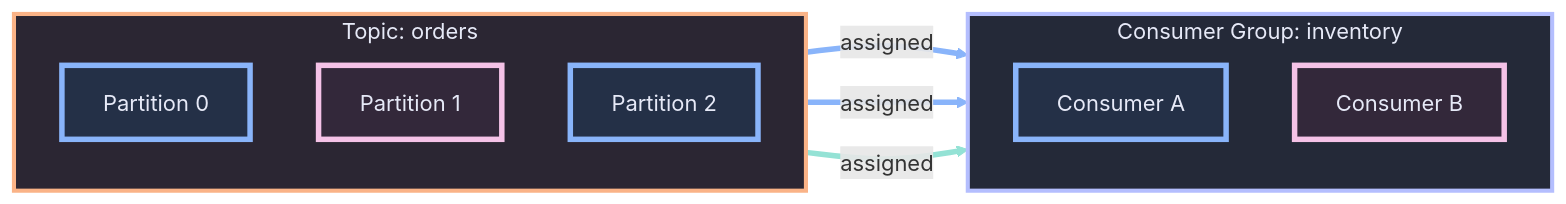
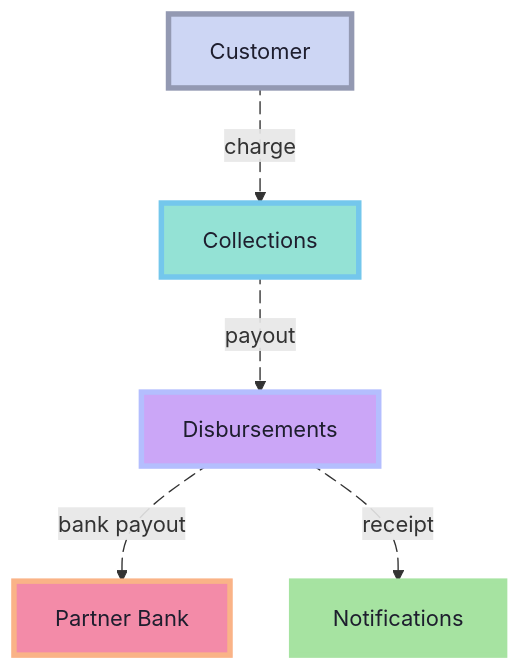
One commit to hmajid2301/blog changed the fourth of 40 diagrams in content/slides/go-labs-eda-go-kafka/slides.md. Above: the diagram before and after it, drawn with Mermaid. The commit also changed other lines of this file and 10 other files, not shown here.

````diff
--- a/content/slides/go-labs-eda-go-kafka/slides.md
+++ b/content/slides/go-labs-eda-go-kafka/slides.md
@@ -150,31 +140,24 @@
 ```mermaid
-flowchart LR
-    subgraph T["Topic: orders"]
-      direction TB
-      P0["Partition 0"]
-      P1["Partition 1"]
-      P2["Partition 2"]
-    end
+%%{init: {"themeVariables": {"fontSize": "16px"}, "flowchart": {"nodeSpacing": 45, "rankSpacing": 60}}}%%
+flowchart TD
+    U["Customer"] charge@-->|"charge"| COL["Collections"]
+    COL payout@-->|"payout"| DIS["Disbursements"]
+    DIS bankCall@-->|"bank payout"| BANK["Partner Bank"]
+    DIS receipt@-->|"receipt"| NOTIF["Notifications"]
+    charge@{ animation: slow }
+    payout@{ animation: slow }
+    bankCall@{ animation: slow }
+    receipt@{ animation: slow }
 
-    subgraph G["Consumer Group: inventory"]
-      direction TB
-      C1["Consumer A"]
-      C2["Consumer B"]
-    end
+    classDef client fill:#cdd6f4,stroke:#9399b2,stroke-width:4px,color:#1e1e2e;
+    classDef collections fill:#94e2d5,stroke:#74c7ec,stroke-width:4px,color:#1e1e2e;
+    classDef disbursements fill:#cba6f7,stroke:#b4befe,stroke-width:4px,color:#1e1e2e;
+    classDef bank fill:#f38ba8,stroke:#fab387,stroke-width:4px,color:#1e1e2e;
+    classDef notifications fill:#a6e3a1,stroke:#a6e3a1,stroke-width:4px,color:#1e1e2e;
 
-    P0 -->|assigned| C1
-    P2 -->|assigned| C1
-    P1 -->|assigned| C2
-
-    classDef topic fill:#2b2633,stroke:#fab387,stroke-width:3px,color:#e6e9f7;
-    classDef group fill:#242938,stroke:#b4befe,stroke-width:3px,color:#e6e9f7;
-    classDef a fill:#243047,stroke:#89b4fa,stroke-width:4px,color:#e6e9f7;
-    classDef b fill:#33283a,stroke:#f5c2e7,stroke-width:4px,color:#e6e9f7;
-
-    class T topic;
-    class G group;
-    class P0,P2,C1 a;
-    class P1,C2 b;
-    linkStyle 0,1 stroke:#89b4fa,stroke-width:4px;
-    linkStyle 2 stroke:#94e2d5,stroke-width:4px;
+    class U client;
+    class COL collections;
+    class DIS disbursements;
+    class BANK bank;
+    class NOTIF notifications;
 ```
````
